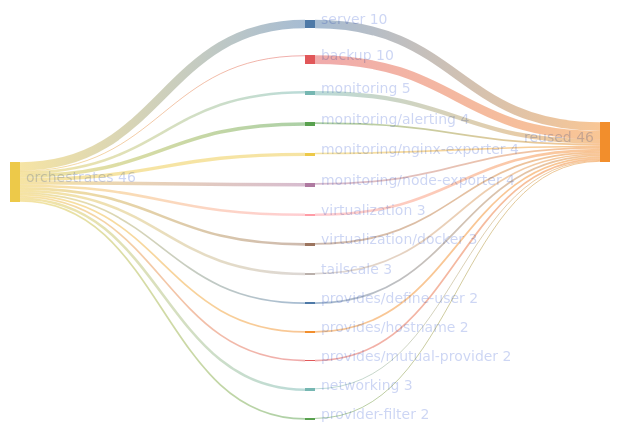
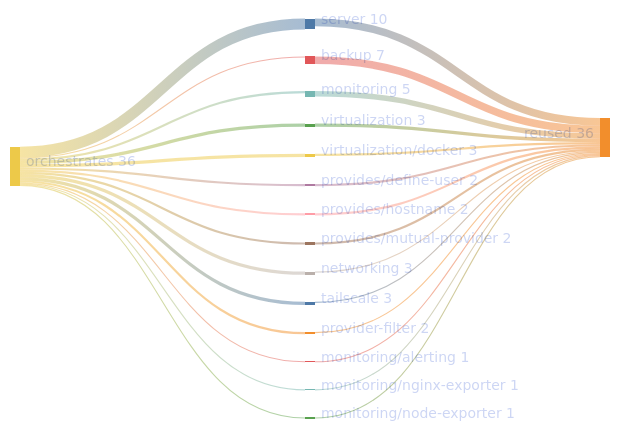
One commit to sini/den changed the diagram in templates/diag-fx-demo/diagrams/provider-filter-fan.md. Above: the diagram before and after it, drawn with Mermaid. The commit also changed 526 other files, not shown here.

Commit message:
chore: update fx diagrams

````diff
--- a/templates/diag-fx-demo/diagrams/provider-filter-fan.md
+++ b/templates/diag-fx-demo/diagrams/provider-filter-fan.md
@@ -5,33 +5,33 @@
 ```mermaid
 %%{init: {"theme":"base","themeVariables":{"activationBkgColor":"#313244","activationBorderColor":"#6c7086","actorBkg":"#313244","actorBorder":"#a6adc8","actorLineColor":"#a6adc8","actorTextColor":"#cdd6f4","background":"#1e1e2e","classText":"#cdd6f4","clusterBkg":"#313244","clusterBorder":"#6c7086","edgeLabelBackground":"#1e1e2e","labelBoxBkgColor":"#313244","labelBoxBorderColor":"#a6adc8","labelTextColor":"#cdd6f4","lineColor":"#a6adc8","loopTextColor":"#cdd6f4","mainBkg":"#313244","nodeBkg":"#313244","nodeBorder":"#a6adc8","nodeTextColor":"#cdd6f4","noteBkgColor":"#313244","noteBorderColor":"#6c7086","noteTextColor":"#cdd6f4","pie1":"#f38ba8","pie2":"#fab387","pie3":"#f9e2af","pie4":"#a6e3a1","pie5":"#94e2d5","pie6":"#89b4fa","pie7":"#cba6f7","pie8":"#f2cdcd","pieLegendTextColor":"#cdd6f4","pieOuterStrokeColor":"#6c7086","pieSectionTextColor":"#cdd6f4","pieStrokeColor":"#6c7086","pieTitleTextColor":"#cdd6f4","primaryBorderColor":"#a6adc8","primaryColor":"#313244","primaryTextColor":"#cdd6f4","secondBkg":"#313244","secondaryBorderColor":"#6c7086","secondaryColor":"#313244","secondaryTextColor":"#cdd6f4","sequenceNumberColor":"#1e1e2e","signalColor":"#a6adc8","signalTextColor":"#cdd6f4","tertiaryBorderColor":"#6c7086","tertiaryColor":"#313244","tertiaryTextColor":"#cdd6f4","textColor":"#cdd6f4","titleColor":"#cdd6f4"}}}%%
 sankey-beta
 
-"server","reused",10
-"backup","reused",10
+"server","reused",7
+"backup","reused",7
 "monitoring","reused",5
-"monitoring/alerting","reused",2
-"monitoring/nginx-exporter","reused",2
-"monitoring/node-exporter","reused",2
 "virtualization","reused",3
 "virtualization/docker","reused",2
-"tailscale","reused",2
 "provides/define-user","reused",2
 "provides/hostname","reused",2
 "provides/mutual-provider","reused",2
 "networking","reused",1
+"tailscale","reused",1
 "provider-filter","reused",1
+"monitoring/alerting","reused",1
+"monitoring/nginx-exporter","reused",1
+"monitoring/node-exporter","reused",1
 "orchestrates","server",10
 "orchestrates","backup",1
-"orchestrates","monitoring",3
-"orchestrates","monitoring/alerting",4
-"orchestrates","monitoring/nginx-exporter",4
-"orchestrates","monitoring/node-exporter",4
+"orchestrates","monitoring",2
 "orchestrates","virtualization",3
 "orchestrates","virtualization/docker",3
-"orchestrates","tailscale",3
 "orchestrates","provides/define-user",2
 "orchestrates","provides/hostname",2
 "orchestrates","provides/mutual-provider",2
 "orchestrates","networking",3
+"orchestrates","tailscale",3
 "orchestrates","provider-filter",2
+"orchestrates","monitoring/alerting",1
+"orchestrates","monitoring/nginx-exporter",1
+"orchestrates","monitoring/node-exporter",1
 ```
````
